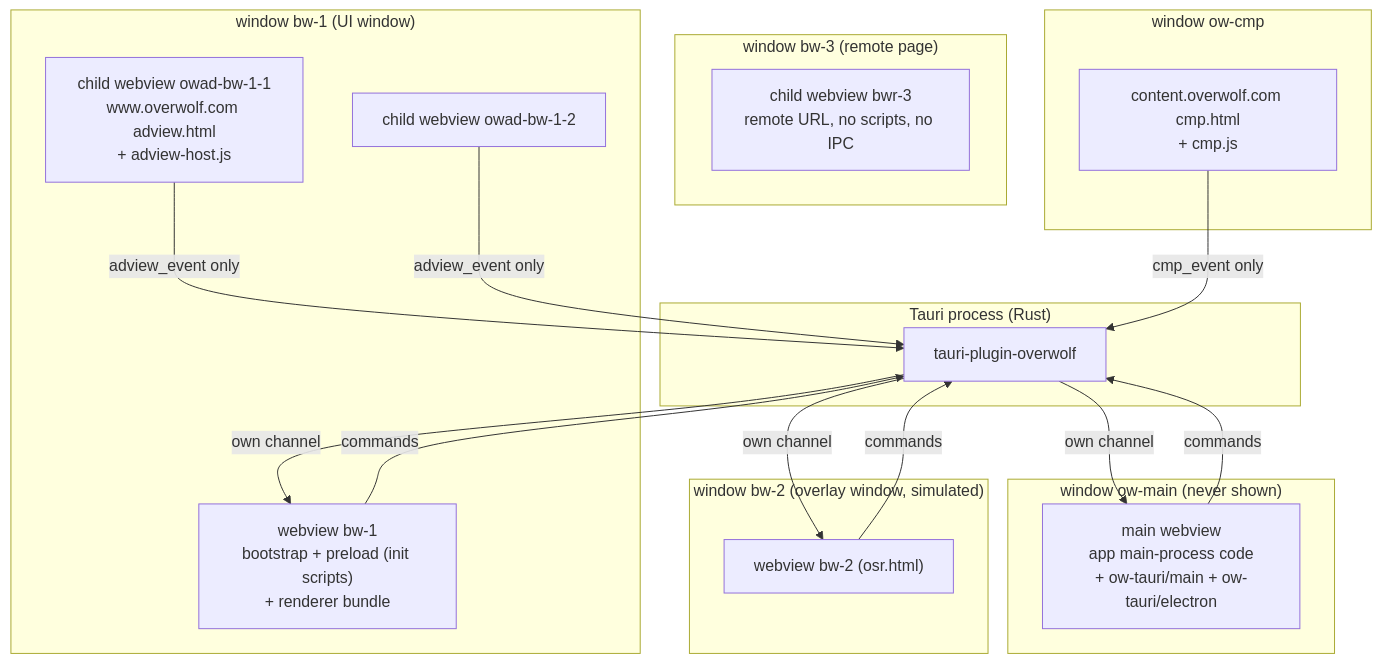
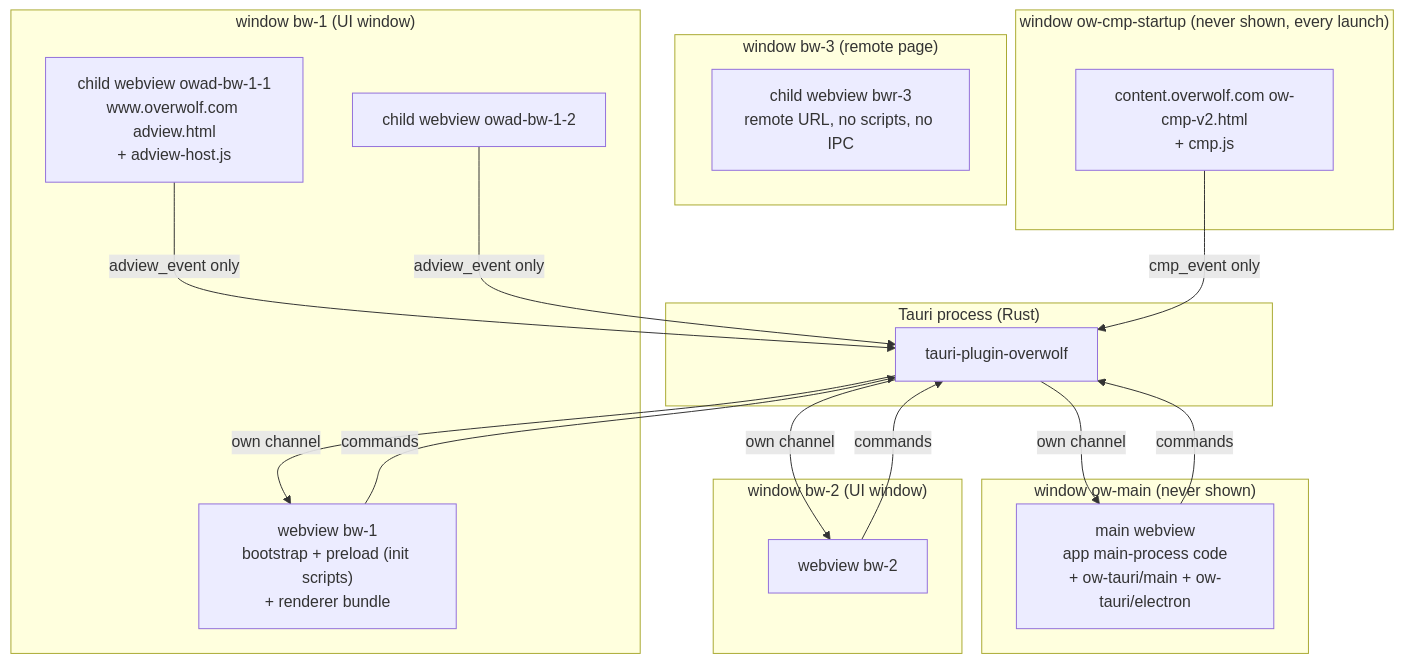
Before and after one commit to AlloryDante/ow-tauri: the second of 9 diagrams in docs/ARCHITECTURE.md, drawn with Mermaid. The commit also changed other lines of this file and 3 other files, not shown here.

First line of the commit message:
docs: align architecture, port map, README and changelog with the parity contract

````diff
--- a/docs/ARCHITECTURE.md
+++ b/docs/ARCHITECTURE.md
@@ -115,32 +127,32 @@
 ```mermaid
 flowchart TB
   subgraph Process["Tauri process (Rust)"]
     P["tauri-plugin-overwolf"]
   end
   subgraph W0["window ow-main (never shown)"]
     MW["main webview<br/>app main-process code<br/>+ ow-tauri/main + ow-tauri/electron"]
   end
   subgraph W1["window bw-1 (UI window)"]
     UI1["webview bw-1<br/>bootstrap + preload (init scripts)<br/>+ renderer bundle"]
     AD1["child webview owad-bw-1-1<br/>www.overwolf.com adview.html<br/>+ adview-host.js"]
     AD2["child webview owad-bw-1-2"]
   end
-  subgraph W2["window bw-2 (overlay window, simulated)"]
-    UI2["webview bw-2 (osr.html)"]
+  subgraph W2["window bw-2 (UI window)"]
+    UI2["webview bw-2"]
   end
   subgraph W4["window bw-3 (remote page)"]
     REM["child webview bwr-3<br/>remote URL, no scripts, no IPC"]
   end
-  subgraph W3["window ow-cmp"]
-    CMPW["content.overwolf.com cmp.html<br/>+ cmp.js"]
+  subgraph W3["window ow-cmp-startup (never shown, every launch)"]
+    CMPW["content.overwolf.com ow-cmp-v2.html<br/>+ cmp.js"]
   end
   MW -- "commands" --> P
   P -- "own channel" --> MW
   UI1 -- "commands" --> P
   P -- "own channel" --> UI1
   UI2 -- "commands" --> P
   P -- "own channel" --> UI2
   AD1 -- "adview_event only" --> P
   AD2 -- "adview_event only" --> P
   CMPW -- "cmp_event only" --> P
 ```
````
